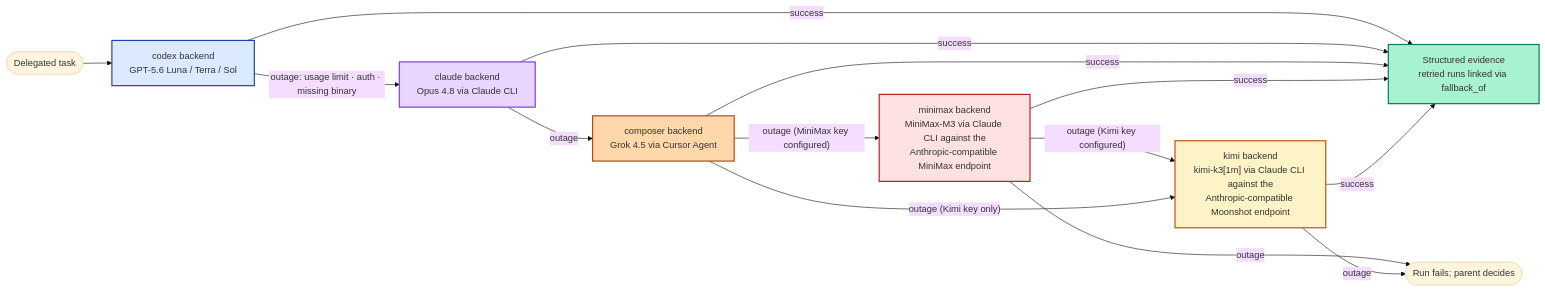
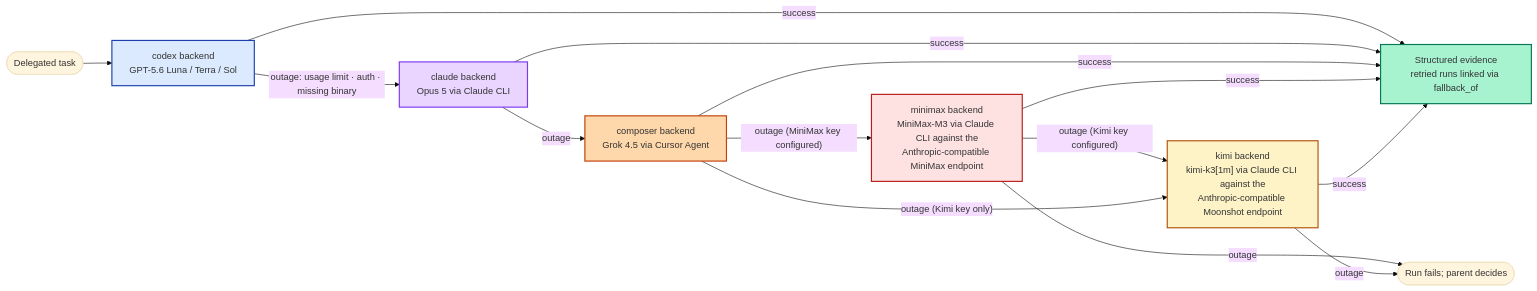
The second of 4 diagrams in docs/diagrams/mermaid.md (andysolomon/arc-orchestrator), drawn with Mermaid (base theme) before and after one commit. The commit also changed other lines of this file and 55 other files, not shown here.

````diff
--- a/docs/diagrams/mermaid.md
+++ b/docs/diagrams/mermaid.md
@@ -36,29 +36,29 @@
 ```mermaid
 flowchart LR
     Task([Delegated task]) --> Codex["codex backend<br/>GPT-5.6 Luna / Terra / Sol"]
-    Codex -->|"outage: usage limit · auth · missing binary"| Claude["claude backend<br/>Opus 4.8 via Claude CLI"]
+    Codex -->|"outage: usage limit · auth · missing binary"| Claude["claude backend<br/>Opus 5 via Claude CLI"]
     Claude -->|outage| Grok["composer backend<br/>Grok 4.5 via Cursor Agent"]
     Grok -->|"outage (MiniMax key configured)"| MiniMax["minimax backend<br/>MiniMax-M3 via Claude CLI against the<br/>Anthropic-compatible MiniMax endpoint"]
     MiniMax -->|"outage (Kimi key configured)"| Kimi["kimi backend<br/>kimi-k3[1m] via Claude CLI against the<br/>Anthropic-compatible Moonshot endpoint"]
     Grok -->|"outage (Kimi key only)"| Kimi
     Codex -->|success| Evidence["Structured evidence<br/>retried runs linked via fallback_of"]
     Claude -->|success| Evidence
     Grok -->|success| Evidence
     MiniMax -->|success| Evidence
     Kimi -->|success| Evidence
     MiniMax -->|outage| Fail(["Run fails; parent decides"])
     Kimi -->|outage| Fail
 
     classDef codex fill:#dbeafe,stroke:#1e40af,stroke-width:2px;
     classDef claude fill:#e9d5ff,stroke:#7c3aed,stroke-width:2px;
     classDef grok fill:#fed7aa,stroke:#c2410c,stroke-width:2px;
     classDef minimax fill:#fee2e2,stroke:#b91c1c,stroke-width:2px;
     classDef kimi fill:#fef3c7,stroke:#b45309,stroke-width:2px;
     classDef evidence fill:#a7f3d0,stroke:#047857,stroke-width:2px;
     class Codex codex;
     class Claude claude;
     class Grok grok;
     class MiniMax minimax;
     class Kimi kimi;
     class Evidence evidence;
 ```
````
